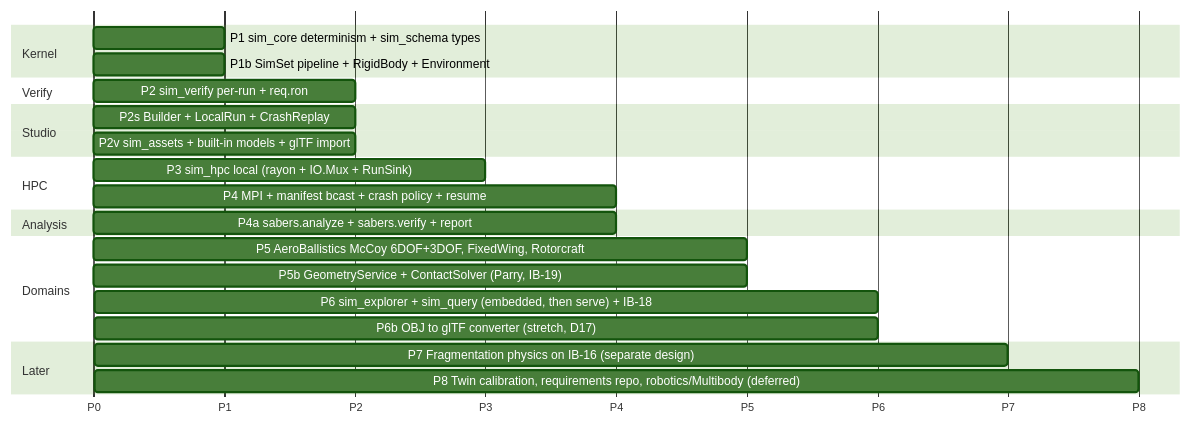
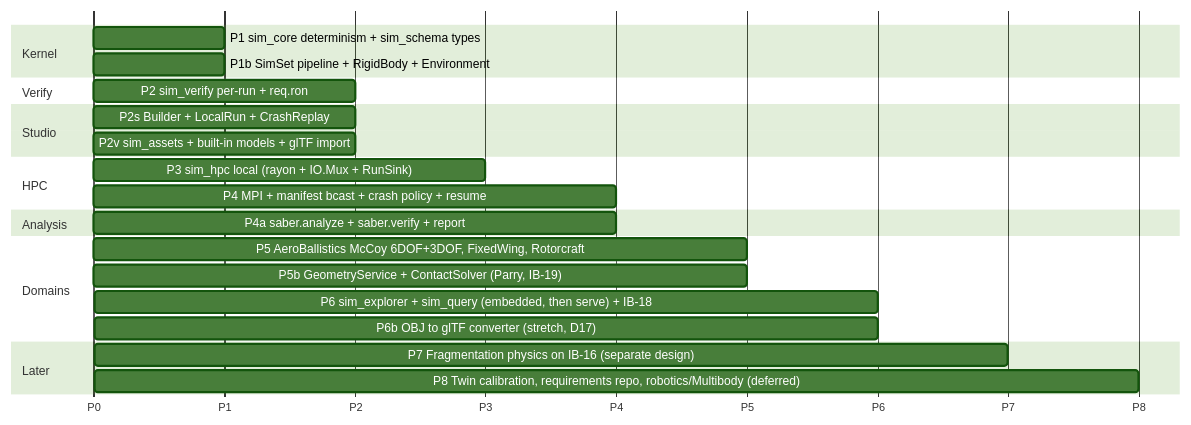
One commit to Schmiedium/SABER changed diagram 18 of 18 in docs/design/subsystems-and-interfaces.md. Above: the diagram before and after it, drawn with Mermaid (forest theme). The commit also changed other lines of this file and 6 other files, not shown here.

First line of the commit message:
Rename sabers identifiers to saber across the design docs (D18)

````diff
--- a/docs/design/subsystems-and-interfaces.md
+++ b/docs/design/subsystems-and-interfaces.md
@@ -1445,26 +1448,26 @@
 ```mermaid
 gantt
     dateFormat  X
     axisFormat  P%s
     section Kernel
     P1 sim_core determinism + sim_schema types      :p1, 0, 1
     P1b SimSet pipeline + RigidBody + Environment     :p1b, 0, 1
     section Verify
     P2 sim_verify per-run + req.ron                   :p2, 1, 2
     section Studio
     P2s Builder + LocalRun + CrashReplay              :p2s, 1, 2
     P2v sim_assets + built-in models + glTF import    :p2v, 1, 2
     section HPC
     P3 sim_hpc local (rayon + IO.Mux + RunSink)       :p3, 2, 3
     P4 MPI + manifest bcast + crash policy + resume   :p4, 3, 4
     section Analysis
-    P4a sabers.analyze + sabers.verify + report       :p4a, 3, 4
+    P4a saber.analyze + saber.verify + report       :p4a, 3, 4
     section Domains
     P5 AeroBallistics McCoy 6DOF+3DOF, FixedWing, Rotorcraft :p5, 4, 5
     P5b GeometryService + ContactSolver (Parry, IB-19) :p5b, 4, 5
     P6 sim_explorer + sim_query (embedded, then serve) + IB-18 :p6, 5, 6
     P6b OBJ to glTF converter (stretch, D17)          :p6b, 5, 6
     section Later
     P7 Fragmentation physics on IB-16 (separate design) :p7, 6, 7
     P8 Twin calibration, requirements repo, robotics/Multibody (deferred) :p8, 7, 8
 ```
````
